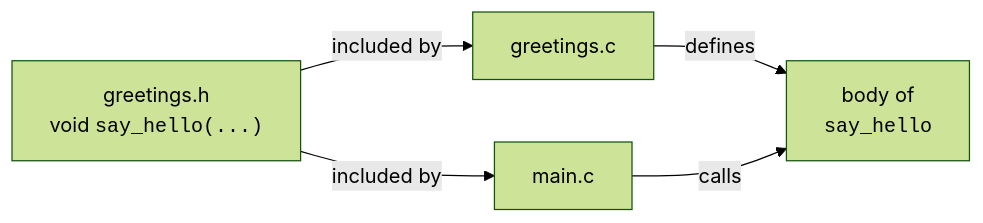
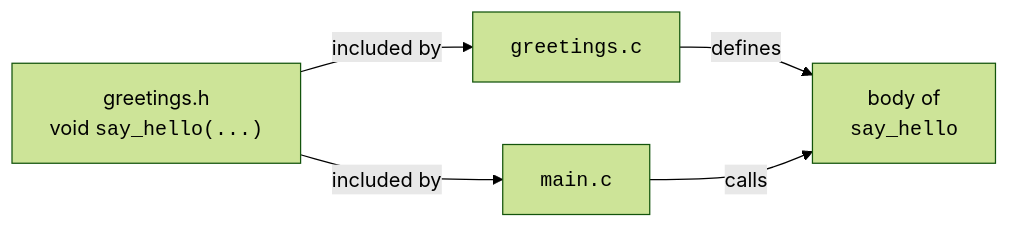
The diagram in content/learn/c-programming-for-beginners/compilation-and-execution.mdx (dataslope/dataslope), drawn with Mermaid (forest theme) before and after one commit. The commit also changed 100 other files, not shown here.

First line of the commit message:
Wrap more code in diagram labels: filenames, hex, assignments, subgraph titles

````diff
--- a/content/learn/c-programming-for-beginners/compilation-and-execution.mdx
+++ b/content/learn/c-programming-for-beginners/compilation-and-execution.mdx
@@ -213,7 +213,7 @@
 ```mermaid
 flowchart LR
-    H["greetings.h<br/>void <code>say_hello(...)</code>"] -->|included by| M[main.c]
-    H -->|included by| G[greetings.c]
+    H["greetings.h<br/>void <code>say_hello(...)</code>"] -->|included by| M["<code>main.c</code>"]
+    H -->|included by| G["<code>greetings.c</code>"]
     G -->|defines| BODY["body of<br/><code>say_hello</code>"]
     M -->|calls| BODY
 ```
````
